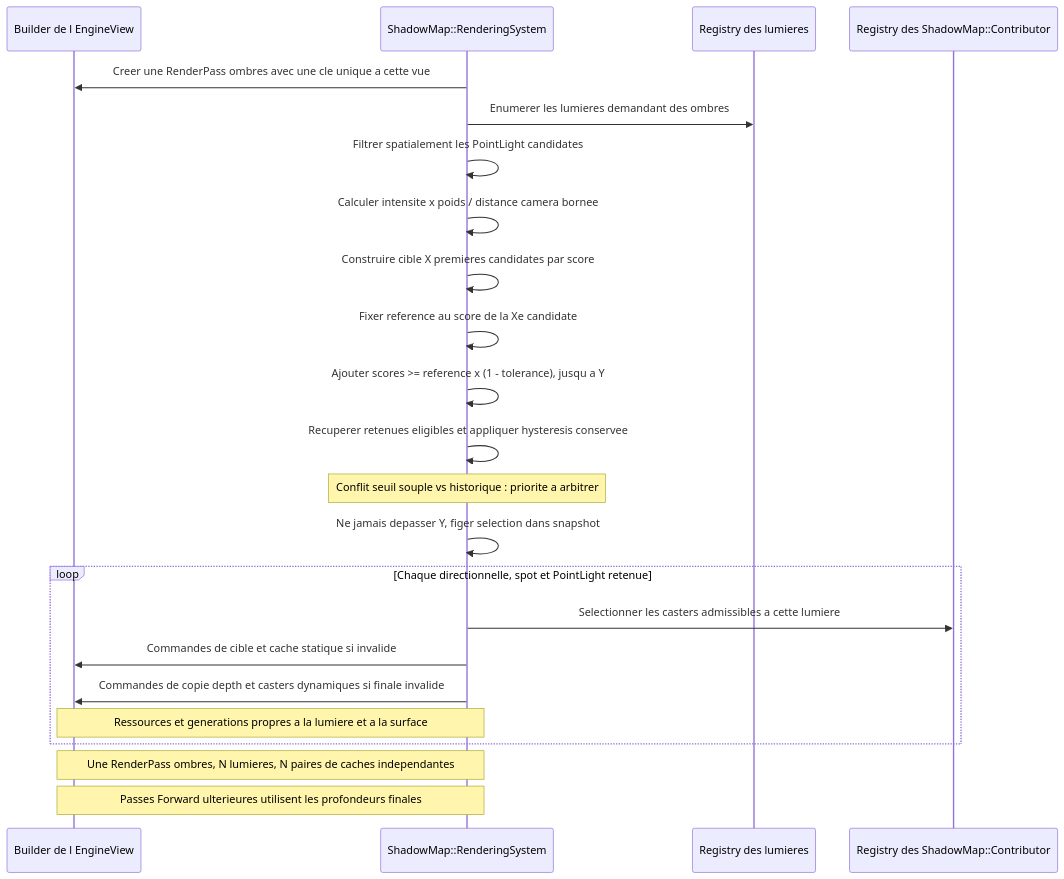
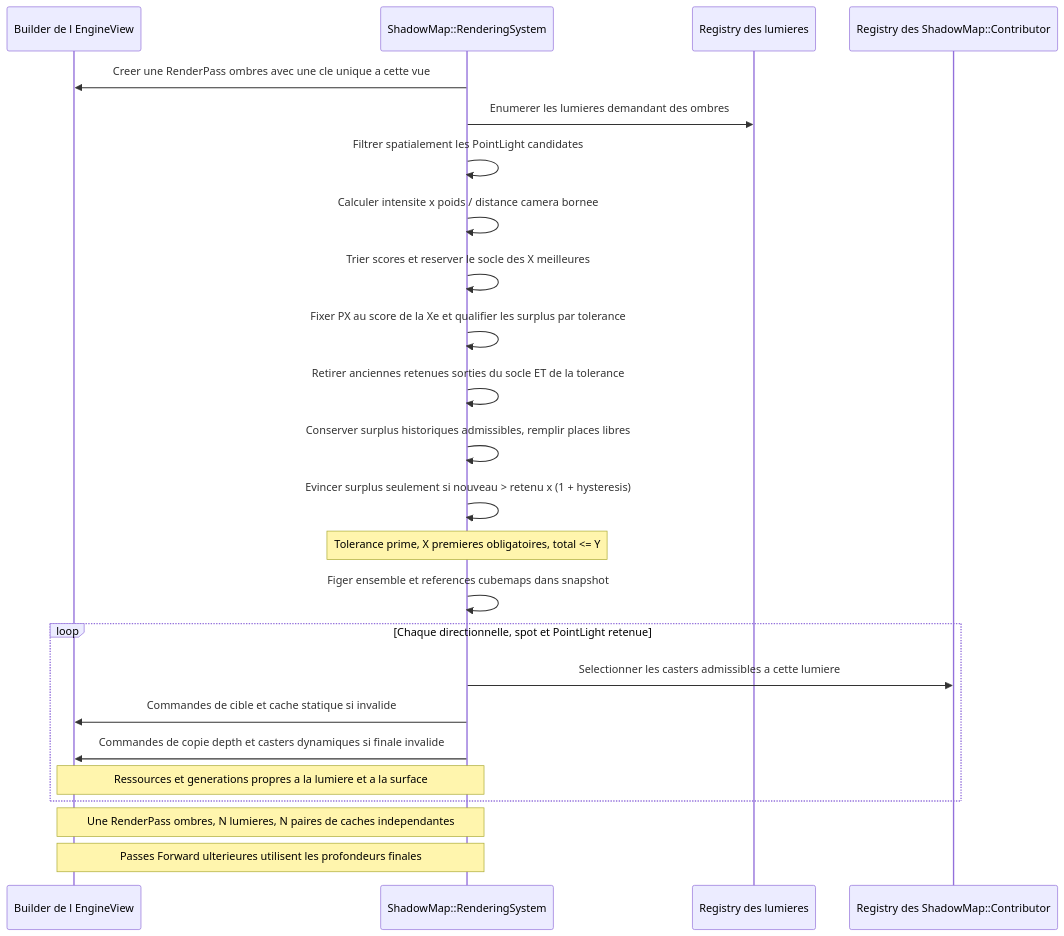
One commit to EreliaStudio/Sparkle changed the sixth of 18 diagrams in docs/voxel-engine-v0.1.4-specification.md. Above: the diagram before and after it, drawn with Mermaid. The commit also changed other lines of this file, not shown here.

Commit message:
docs(v0.1.4): update shadow selection Mermaid flow and capture sequence for tolerance-first hysteresis

````diff
--- a/docs/voxel-engine-v0.1.4-specification.md
+++ b/docs/voxel-engine-v0.1.4-specification.md
@@ -601,25 +601,26 @@
 ```mermaid
 sequenceDiagram
     participant V as Builder de l EngineView
     participant S as ShadowMap::RenderingSystem
     participant L as Registry des lumieres
     participant C as Registry des ShadowMap::Contributor
     S->>V: Creer une RenderPass ombres avec une cle unique a cette vue
     S->>L: Enumerer les lumieres demandant des ombres
     S->>S: Filtrer spatialement les PointLight candidates
     S->>S: Calculer intensite x poids / distance camera bornee
-    S->>S: Construire cible X premieres candidates par score
-    S->>S: Fixer reference au score de la Xe candidate
-    S->>S: Ajouter scores >= reference x (1 - tolerance), jusqu a Y
-    S->>S: Recuperer retenues eligibles et appliquer hysteresis conservee
-    Note over S: Conflit seuil souple vs historique : priorite a arbitrer
-    S->>S: Ne jamais depasser Y, figer selection dans snapshot
+    S->>S: Trier scores et reserver le socle des X meilleures
+    S->>S: Fixer PX au score de la Xe et qualifier les surplus par tolerance
+    S->>S: Retirer anciennes retenues sorties du socle ET de la tolerance
+    S->>S: Conserver surplus historiques admissibles, remplir places libres
+    S->>S: Evincer surplus seulement si nouveau > retenu x (1 + hysteresis)
+    Note over S: Tolerance prime, X premieres obligatoires, total <= Y
+    S->>S: Figer ensemble et references cubemaps dans snapshot
     loop Chaque directionnelle, spot et PointLight retenue
         S->>C: Selectionner les casters admissibles a cette lumiere
         S->>V: Commandes de cible et cache statique si invalide
         S->>V: Commandes de copie depth et casters dynamiques si finale invalide
         Note over S,V: Ressources et generations propres a la lumiere et a la surface
     end
     Note over V,S: Une RenderPass ombres, N lumieres, N paires de caches independantes
     Note over V,S: Passes Forward ulterieures utilisent les profondeurs finales
 ```
````
